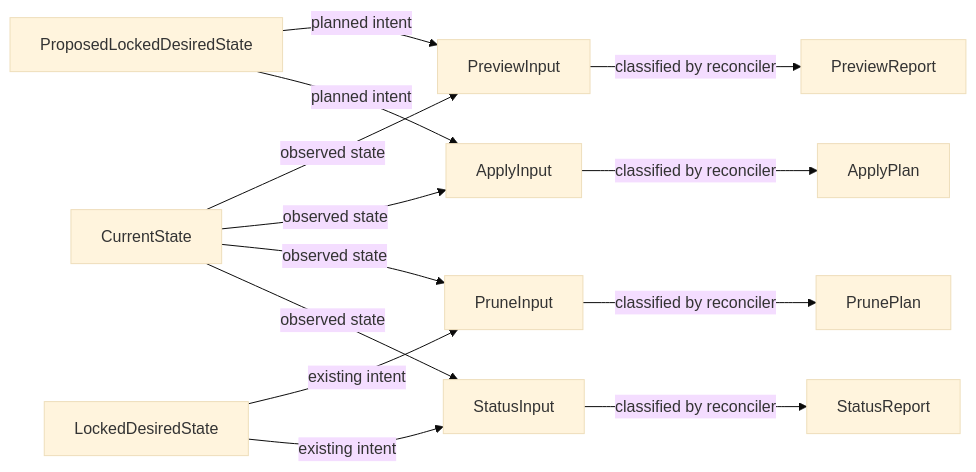
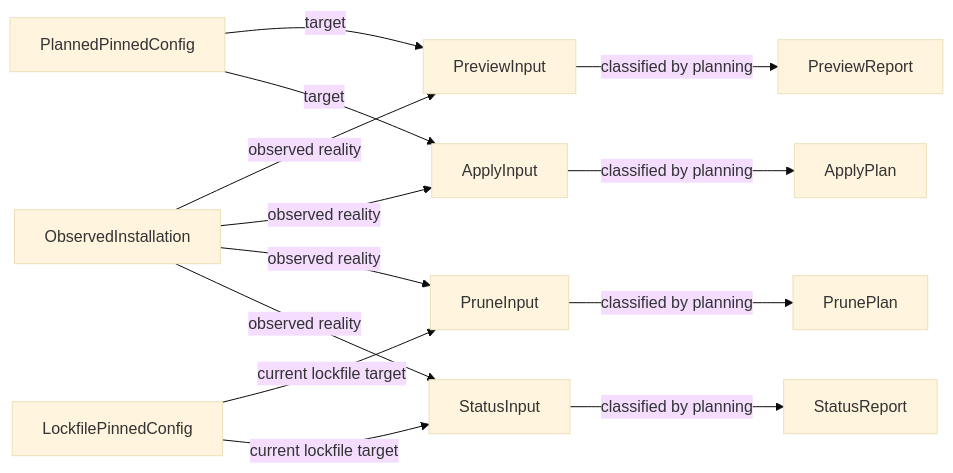
Before and after one commit to big-sw-little-sw/agentcfg: the fourth of 6 diagrams in docs/design-v1.md, drawn with Mermaid (base theme). The commit also changed other lines of this file and 53 other files, not shown here.

Commit message:
Refine pinned config module boundaries (#27)

````diff
--- a/docs/design-v1.md
+++ b/docs/design-v1.md
@@ -232,16 +351,16 @@
 ```mermaid
 flowchart LR
-    Proposed["ProposedLockedDesiredState"] -- "planned intent" --> PreviewInput["PreviewInput"]
-    Proposed -- "planned intent" --> ApplyInput["ApplyInput"]
-    Locked["LockedDesiredState"] -- "existing intent" --> PruneInput["PruneInput"]
-    Locked -- "existing intent" --> StatusInput["StatusInput"]
-    Current["CurrentState"] -- "observed state" --> PreviewInput
-    Current -- "observed state" --> ApplyInput
-    Current -- "observed state" --> PruneInput
-    Current -- "observed state" --> StatusInput
+    Planned["PlannedPinnedConfig"] -- "target" --> PreviewInput["PreviewInput"]
+    Planned -- "target" --> ApplyInput["ApplyInput"]
+    LockfilePinned["LockfilePinnedConfig"] -- "current lockfile target" --> PruneInput["PruneInput"]
+    LockfilePinned -- "current lockfile target" --> StatusInput["StatusInput"]
+    Observed["ObservedInstallation"] -- "observed reality" --> PreviewInput
+    Observed -- "observed reality" --> ApplyInput
+    Observed -- "observed reality" --> PruneInput
+    Observed -- "observed reality" --> StatusInput
 
-    PreviewInput -- "classified by reconciler" --> PreviewReport["PreviewReport"]
-    ApplyInput -- "classified by reconciler" --> ApplyPlan["ApplyPlan"]
-    PruneInput -- "classified by reconciler" --> PrunePlan["PrunePlan"]
-    StatusInput -- "classified by reconciler" --> StatusReport["StatusReport"]
+    PreviewInput -- "classified by planning" --> PreviewReport["PreviewReport"]
+    ApplyInput -- "classified by planning" --> ApplyPlan["ApplyPlan"]
+    PruneInput -- "classified by planning" --> PrunePlan["PrunePlan"]
+    StatusInput -- "classified by planning" --> StatusReport["StatusReport"]
 ```
````
